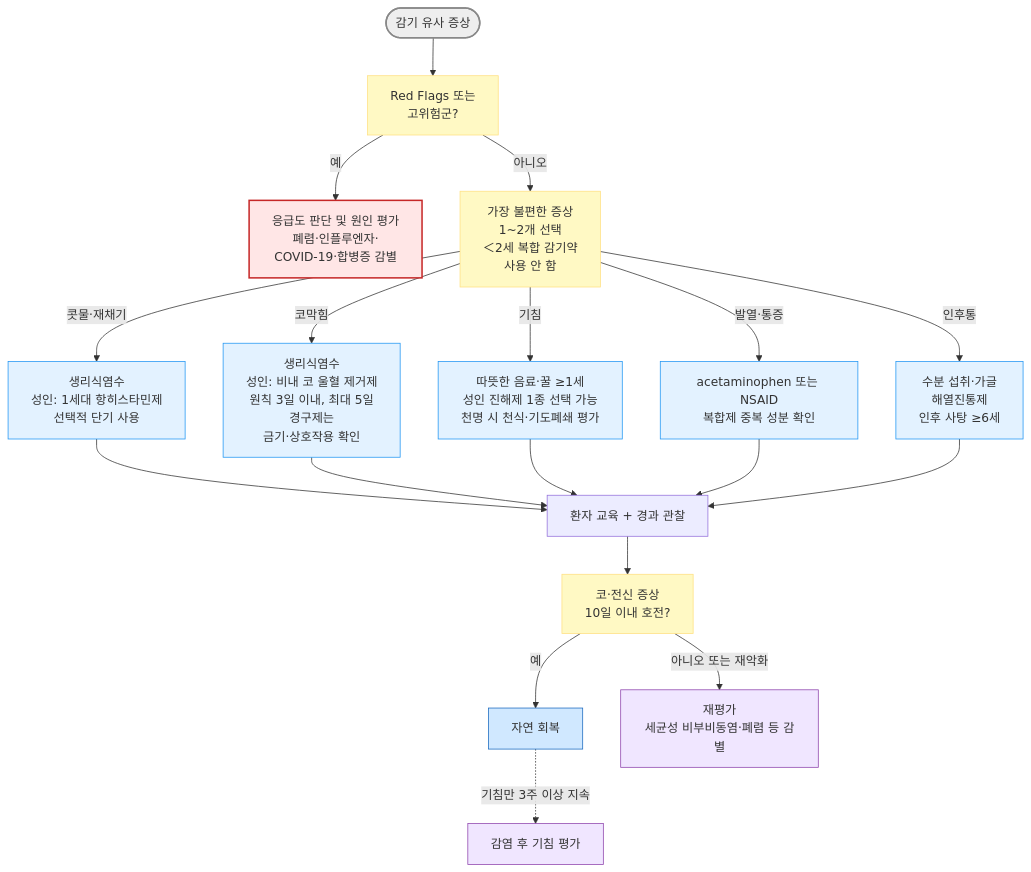
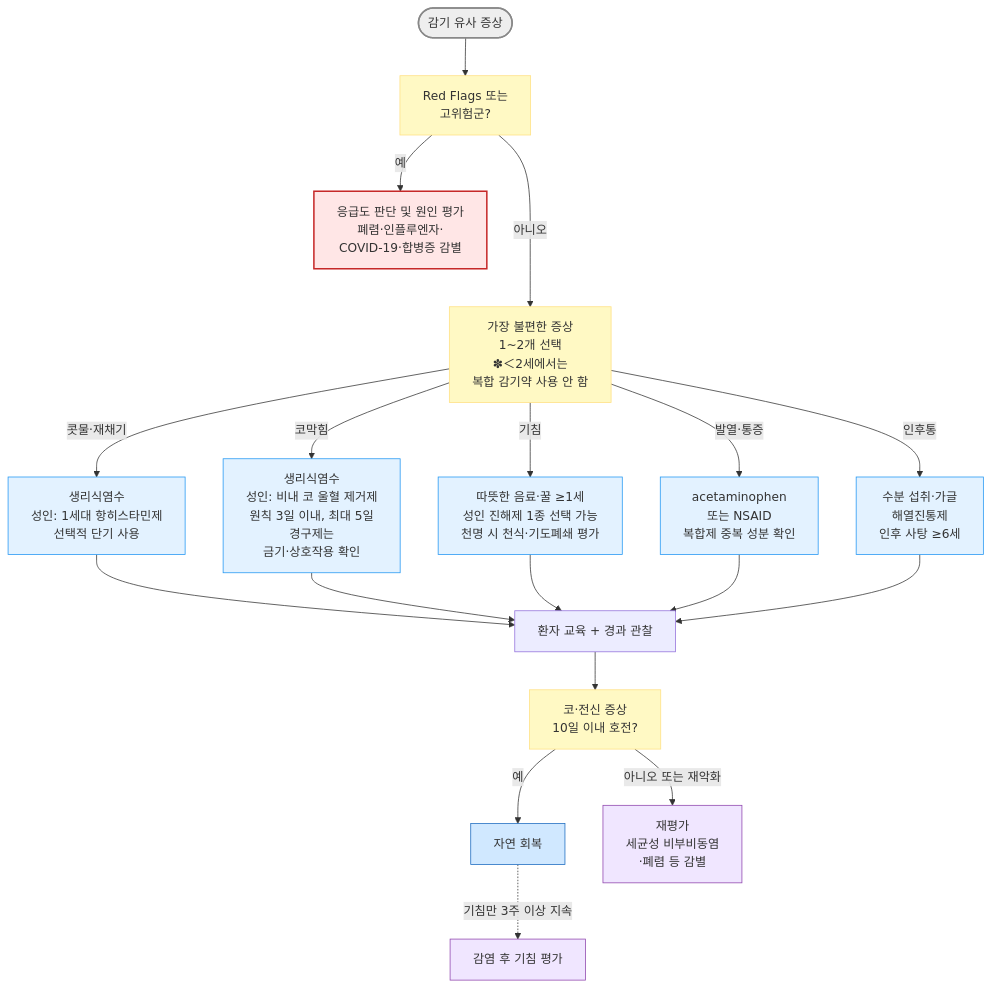
Before and after one commit to familyoh77/familyoh77: the diagram in 223_/060_-common-cold.md, drawn with Mermaid. The commit also changed other lines of this file, not shown here.

````diff
--- a/223_/060_-common-cold.md
+++ b/223_/060_-common-cold.md
@@ -137,33 +137,29 @@
 ```mermaid
 flowchart TD
     A(["감기 유사 증상"]) --> X["Red Flags 또는<br/>고위험군?"]
     X -->|예| E["응급도 판단 및 원인 평가<br/>폐렴·인플루엔자·<br/>COVID-19·합병증 감별"]
-    X -->|아니오| B["가장 불편한 증상<br/>1~2개 선택<br/>＜2세 복합 감기약<br/>사용 안 함"]
-
+    X --->|아니오| B["가장 불편한 증상<br/>1~2개 선택<br/>✽＜2세에서는 <br/>복합 감기약 사용 안 함"]
     B -->|콧물·재채기| R["생리식염수<br/>성인: 1세대 항히스타민제<br/>선택적 단기 사용"]
     B -->|코막힘| C["생리식염수<br/>성인: 비내 코 울혈 제거제<br/>원칙 3일 이내, 최대 5일<br/>경구제는<br/>금기·상호작용 확인"]
     B -->|기침| K["따뜻한 음료·꿀 ≥1세<br/>성인 진해제 1종 선택 가능<br/>천명 시 천식·기도폐쇄 평가"]
-    B -->|발열·통증| F["acetaminophen 또는 NSAID<br/>복합제 중복 성분 확인"]
+    B -->|발열·통증| F["acetaminophen <br/>또는 NSAID<br/>복합제 중복 성분 확인"]
     B -->|인후통| S["수분 섭취·가글<br/>해열진통제<br/>인후 사탕 ≥6세"]
-
     R --> Z["환자 교육 + 경과 관찰"]
     C --> Z
     K --> Z
     F --> Z
     S --> Z
-
     Z --> Y["코·전신 증상<br/>10일 이내 호전?"]
     Y -->|예| END["자연 회복"]
-    Y -->|아니오 또는 재악화| RE["재평가<br/>세균성 비부비동염·폐렴 등 감별"]
+    Y -->|아니오 또는 재악화| RE["재평가<br/>세균성 비부비동염<br/>·폐렴 등 감별"]
     END -.->|기침만 3주 이상 지속| PIC["감염 후 기침 평가"]
-
     style A fill:#eeeeee,stroke:#888888,stroke-width:2px
     style E fill:#ffe6e6,stroke:#c62828,stroke-width:2px
     classDef yellow fill:#fff9c4,stroke:#ffe082
     class X,B,Y yellow
     classDef sky fill:#e3f2ff,stroke:#2196f3
     class R,C,K,F,S sky
     style END fill:#d0e8ff,stroke:#1a6abf
     style RE fill:#f0e6ff,stroke:#8e44ad
     style PIC fill:#f0e6ff,stroke:#8e44ad
 ```
````
